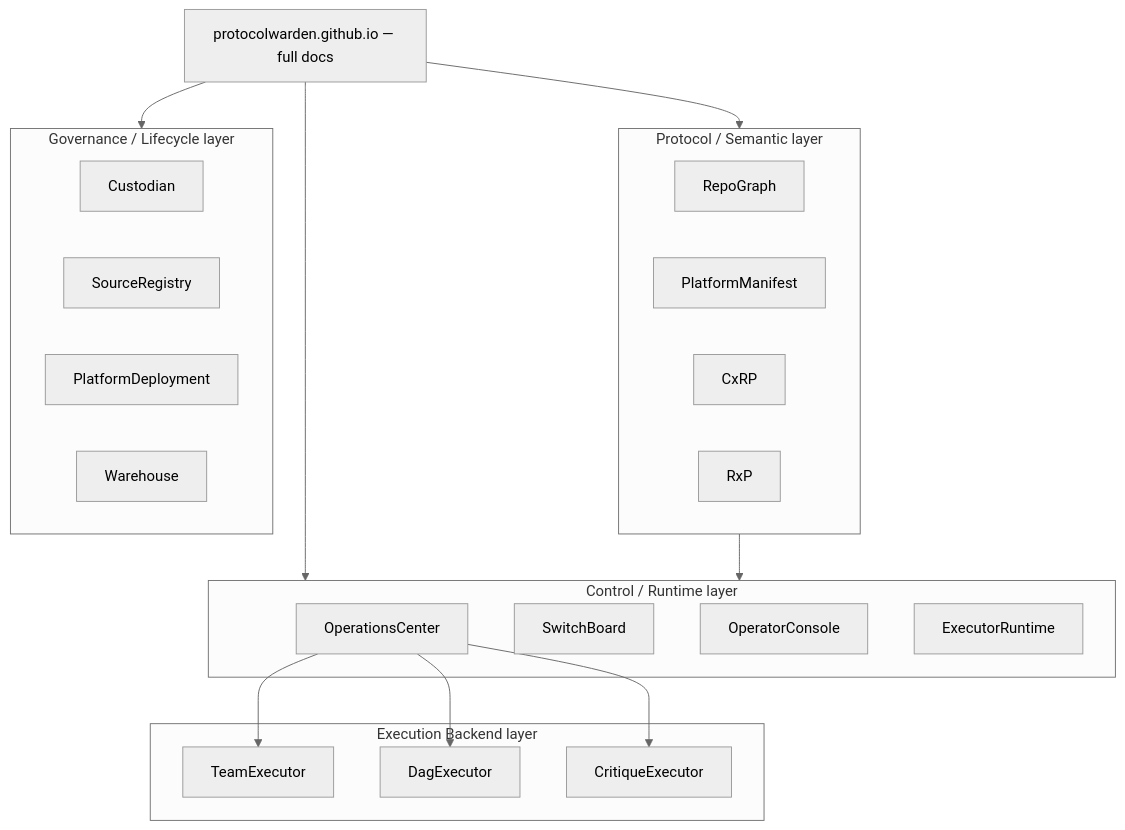
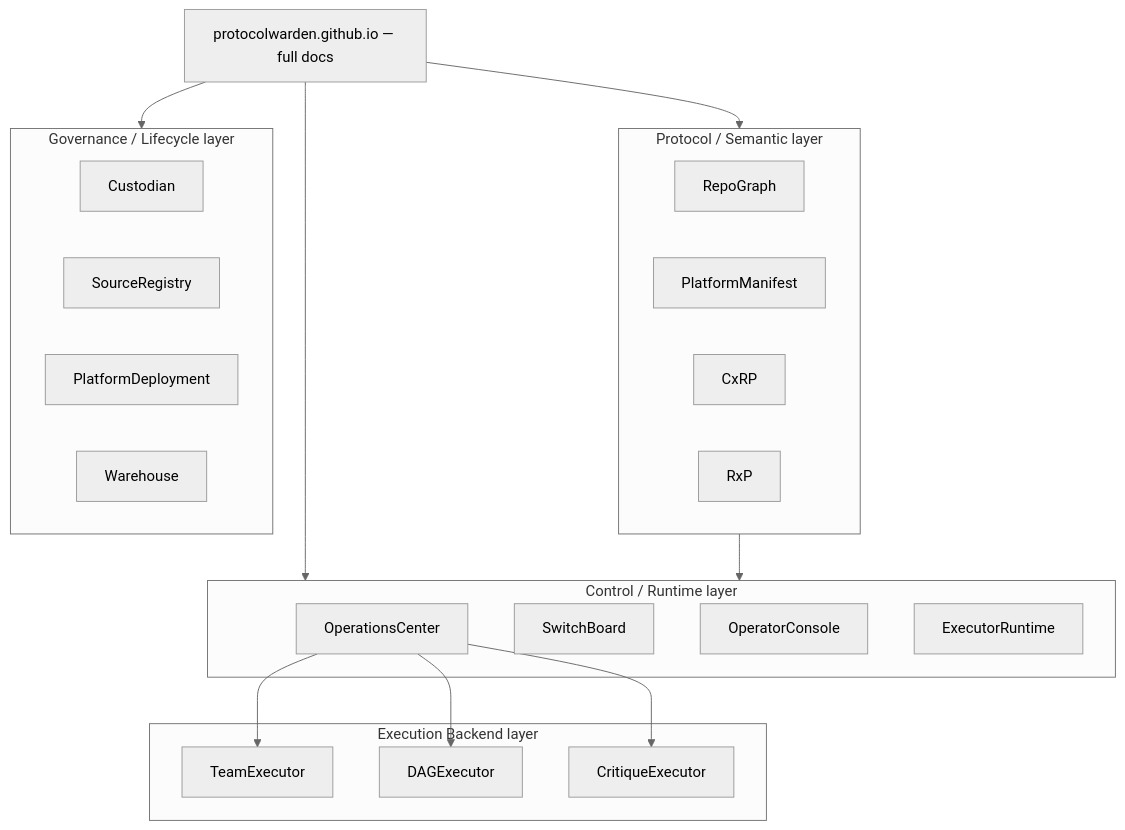
Before and after one commit to ProtocolWarden/ProtocolWarden: the diagram in README.md, drawn with Mermaid (neutral theme). The commit also changed other lines of this file, not shown here.

Commit message:
refactor: rename DagExecutor → DAGExecutor in README

````diff
--- a/README.md
+++ b/README.md
@@ -16,39 +16,39 @@
 ```mermaid
 graph TD
     DOCS["protocolwarden.github.io — full docs"]
 
     subgraph proto ["Protocol / Semantic layer"]
         RG[RepoGraph]
         PM[PlatformManifest]
         CX[CxRP]
         RX[RxP]
     end
 
     subgraph ctrl ["Control / Runtime layer"]
         OPS[OperationsCenter]
         SB[SwitchBoard]
         OC[OperatorConsole]
         ER[ExecutorRuntime]
     end
 
     subgraph exec ["Execution Backend layer"]
         TE[TeamExecutor]
-        DE[DagExecutor]
+        DE[DAGExecutor]
         CE[CritiqueExecutor]
     end
 
     subgraph gov ["Governance / Lifecycle layer"]
         CU[Custodian]
         SR[SourceRegistry]
         PD[PlatformDeployment]
         WH[Warehouse]
     end
 
     DOCS --> proto
     DOCS --> ctrl
     DOCS --> gov
     proto --> ctrl
     OPS --> TE
     OPS --> DE
     OPS --> CE
 ```
````
